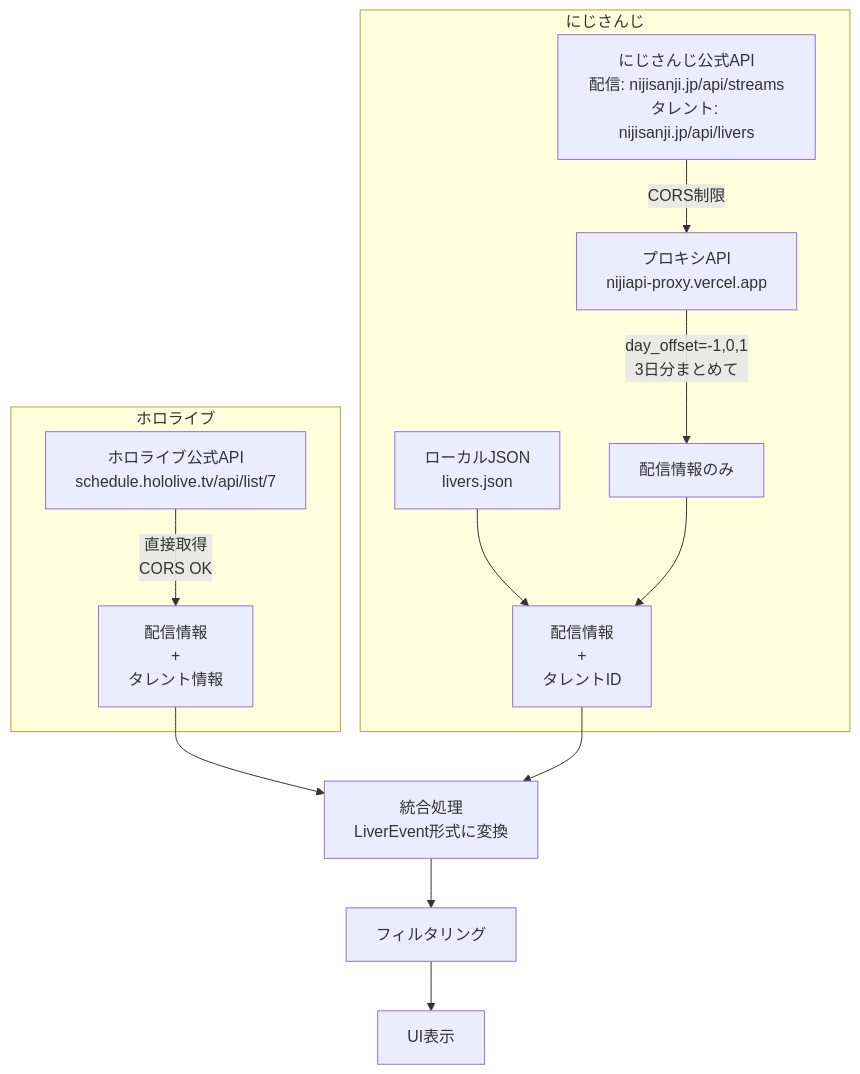
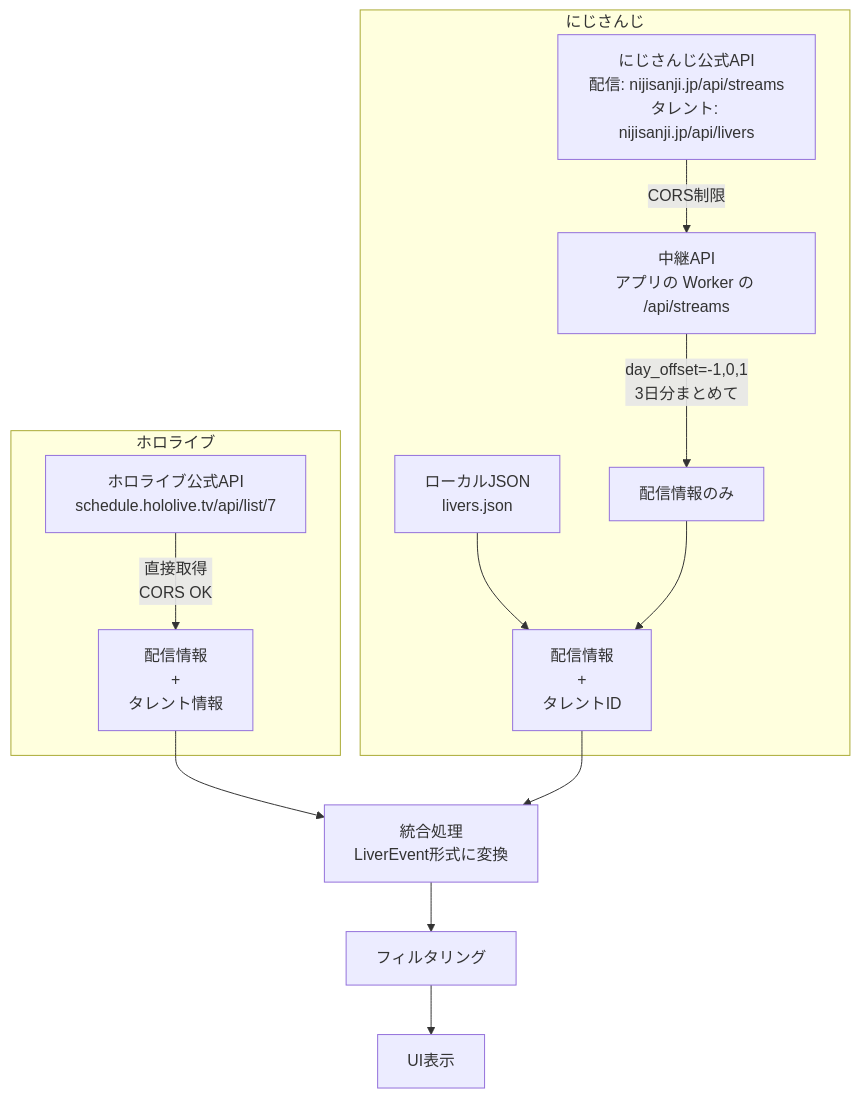
Before and after one commit to miyaoka/liver-streams: the first of 4 diagrams in docs/external-api.md, drawn with Mermaid. The commit also changed 16 other files, not shown here.

First line of the commit message:
feat(api): relay nijisanji streams through the app Worker

````diff
--- a/docs/external-api.md
+++ b/docs/external-api.md
@@ -5,26 +5,26 @@
 ```mermaid
 graph TB
     subgraph "ホロライブ"
         H1[ホロライブ公式API<br/>schedule.hololive.tv/api/list/7]
         H2[配信情報<br/>+<br/>タレント情報]
         H1 -->|直接取得<br/>CORS OK| H2
     end
 
     subgraph "にじさんじ"
         N1[にじさんじ公式API<br/>配信: nijisanji.jp/api/streams<br/>タレント: nijisanji.jp/api/livers]
-        N2[プロキシAPI<br/>nijiapi-proxy.vercel.app]
+        N2[中継API<br/>アプリの Worker の /api/streams]
         N3[配信情報のみ]
         N4[ローカルJSON<br/>livers.json]
         N5[配信情報<br/>+<br/>タレントID]
 
         N1 -->|CORS制限| N2
         N2 -->|day_offset=-1,0,1<br/>3日分まとめて| N3
         N4 --> N5
         N3 --> N5
     end
 
     H2 --> M[統合処理<br/>LiverEvent形式に変換]
     N5 --> M
     M --> F[フィルタリング]
     F --> U[UI表示]
 ```
````
